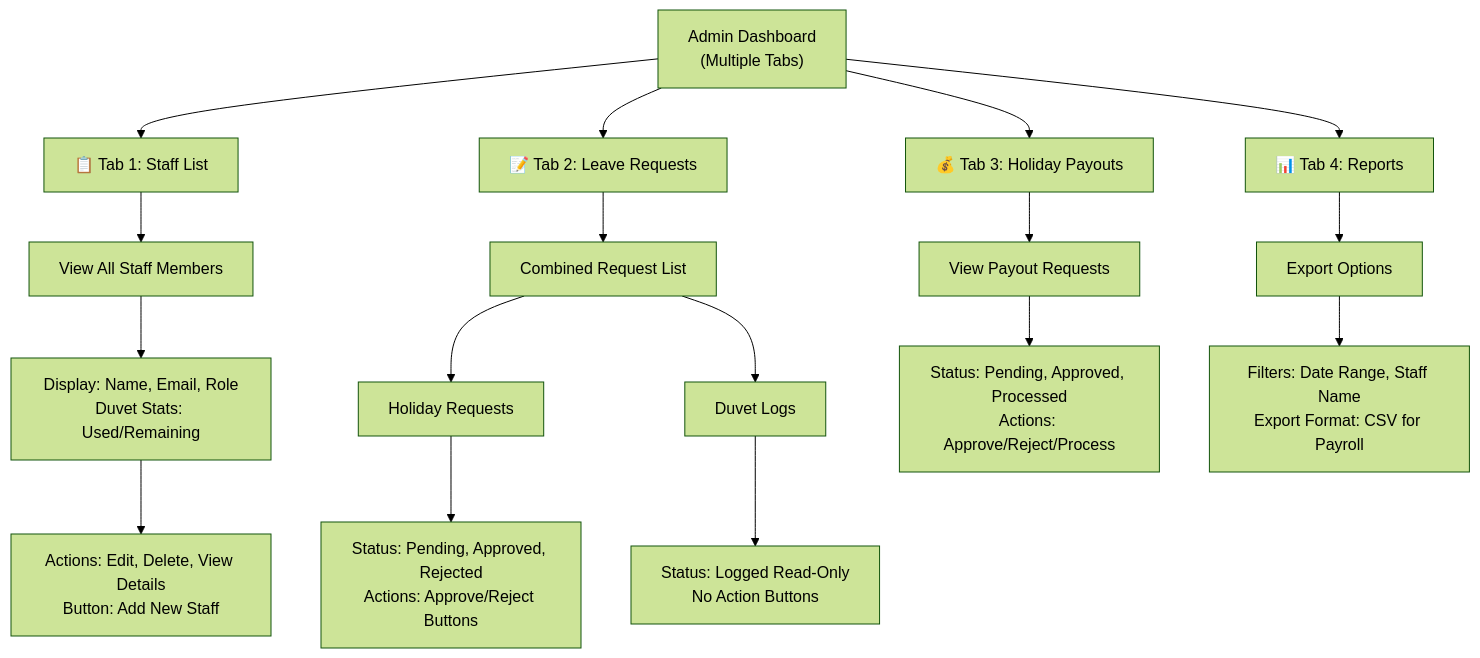
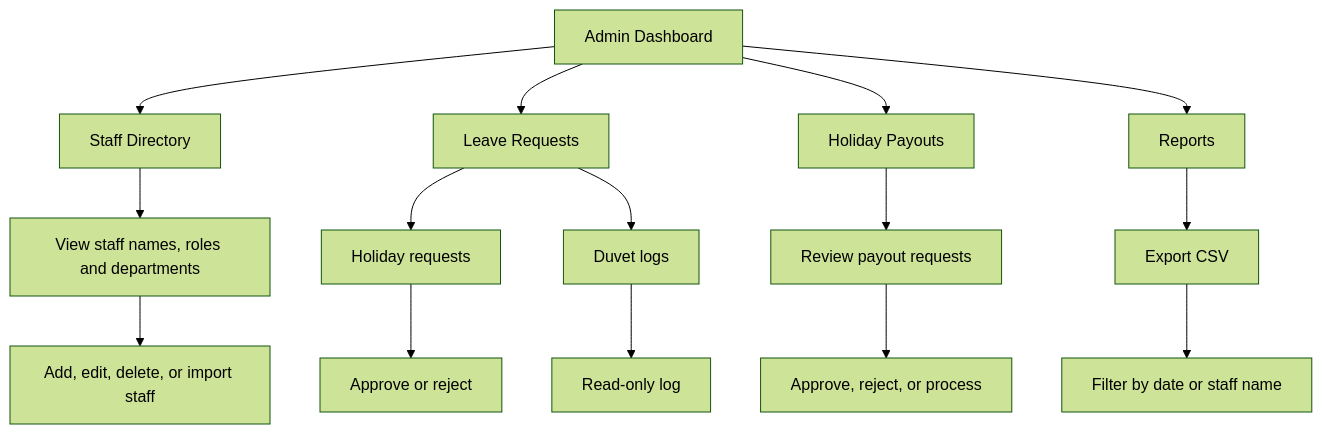
The fourth of 5 diagrams in README.md (chandra0987/holidaysdb), drawn with Mermaid (forest theme) before and after one commit. The commit also changed other lines of this file and 1 other file, not shown here.

Commit message:
feat(auth): improve admin login error messages and instructions for staff access

````diff
--- a/README.md
+++ b/README.md
@@ -188,24 +173,22 @@
 ```mermaid
 graph TD
-    A["Admin Dashboard<br/>(Multiple Tabs)"]
-    
-    A --> B["📋 Tab 1: Staff List"]
-    B --> B1["View All Staff Members"]
-    B1 --> B2["Display: Name, Email, Role<br/>Duvet Stats: Used/Remaining"]
-    B2 --> B3["Actions: Edit, Delete, View Details<br/>Button: Add New Staff"]
-    
-    A --> C["📝 Tab 2: Leave Requests"]
-    C --> C1["Combined Request List"]
-    C1 --> C2["Holiday Requests"]
-    C1 --> C3["Duvet Logs"]
-    C2 --> C2a["Status: Pending, Approved, Rejected<br/>Actions: Approve/Reject Buttons"]
-    C3 --> C3a["Status: Logged Read-Only<br/>No Action Buttons"]
-    
-    A --> D["💰 Tab 3: Holiday Payouts"]
-    D --> D1["View Payout Requests"]
-    D1 --> D2["Status: Pending, Approved, Processed<br/>Actions: Approve/Reject/Process"]
-    
-    A --> E["📊 Tab 4: Reports"]
-    E --> E1["Export Options"]
-    E1 --> E2["Filters: Date Range, Staff Name<br/>Export Format: CSV for Payroll"]
+    A["Admin Dashboard"]
+
+    A --> B["Staff Directory"]
+    B --> B1["View staff names, roles and departments"]
+    B1 --> B2["Add, edit, delete, or import staff"]
+
+    A --> C["Leave Requests"]
+    C --> C1["Holiday requests"]
+    C --> C2["Duvet logs"]
+    C1 --> C1a["Approve or reject"]
+    C2 --> C2a["Read-only log"]
+
+    A --> D["Holiday Payouts"]
+    D --> D1["Review payout requests"]
+    D1 --> D2["Approve, reject, or process"]
+
+    A --> E["Reports"]
+    E --> E1["Export CSV"]
+    E1 --> E2["Filter by date or staff name"]
 ```
````
